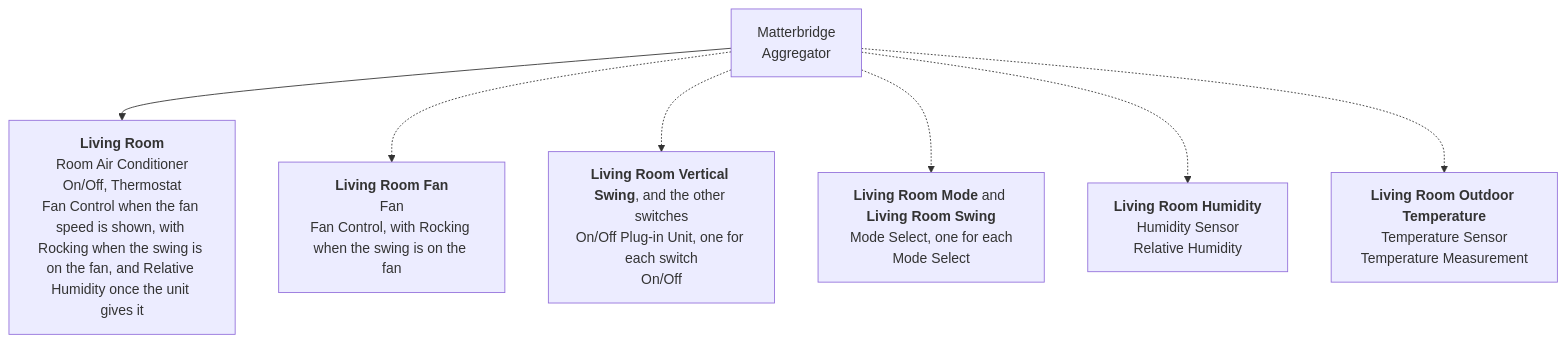
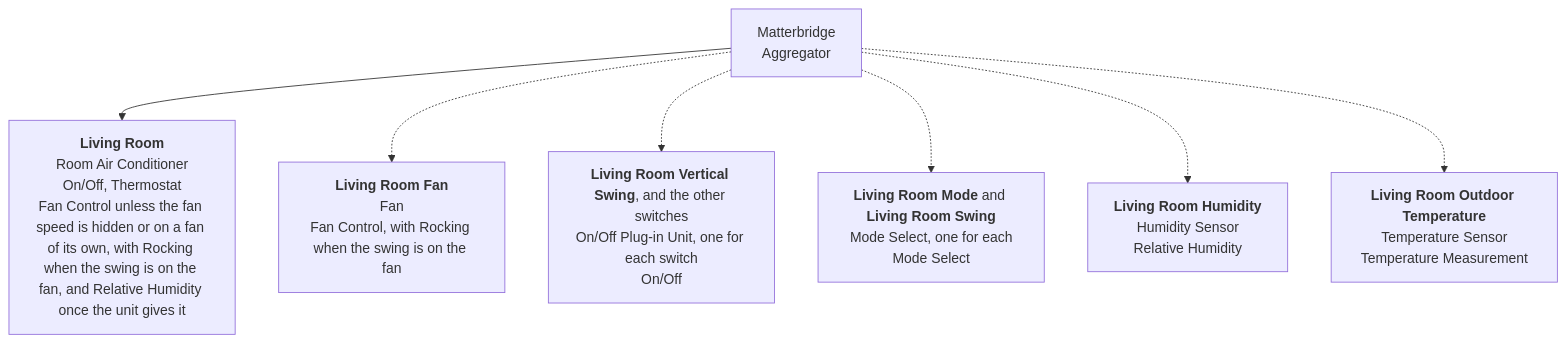
The second of 2 diagrams in README.md (cheziyi/matterbridge-daikin-local), drawn with Mermaid before and after one commit. The commit also changed other lines of this file and 9 other files, not shown here.

First line of the commit message:
revert(devices): take the fan control off the air conditioner again when the fan is a device of its own

````diff
--- a/README.md
+++ b/README.md
@@ -268,16 +268,16 @@
 ```mermaid
 flowchart TD
     bridge["Matterbridge<br/>Aggregator"]
-    ac["<b>Living Room</b><br/>Room Air Conditioner<br/>On/Off, Thermostat<br/>Fan Control when the fan speed is shown, with Rocking when the swing is on the fan, and Relative Humidity once the unit gives it"]
+    ac["<b>Living Room</b><br/>Room Air Conditioner<br/>On/Off, Thermostat<br/>Fan Control unless the fan speed is hidden or on a fan of its own, with Rocking when the swing is on the fan, and Relative Humidity once the unit gives it"]
     fan["<b>Living Room Fan</b><br/>Fan<br/>Fan Control, with Rocking when the swing is on the fan"]
     switches["<b>Living Room Vertical Swing</b>, and the other switches<br/>On/Off Plug-in Unit, one for each switch<br/>On/Off"]
     selects["<b>Living Room Mode</b> and <b>Living Room Swing</b><br/>Mode Select, one for each<br/>Mode Select"]
     humidity["<b>Living Room Humidity</b><br/>Humidity Sensor<br/>Relative Humidity"]
     outdoor["<b>Living Room Outdoor Temperature</b><br/>Temperature Sensor<br/>Temperature Measurement"]
     bridge --> ac
     bridge -.-> fan
     bridge -.-> switches
     bridge -.-> selects
     bridge -.-> humidity
     bridge -.-> outdoor
 ```
````
